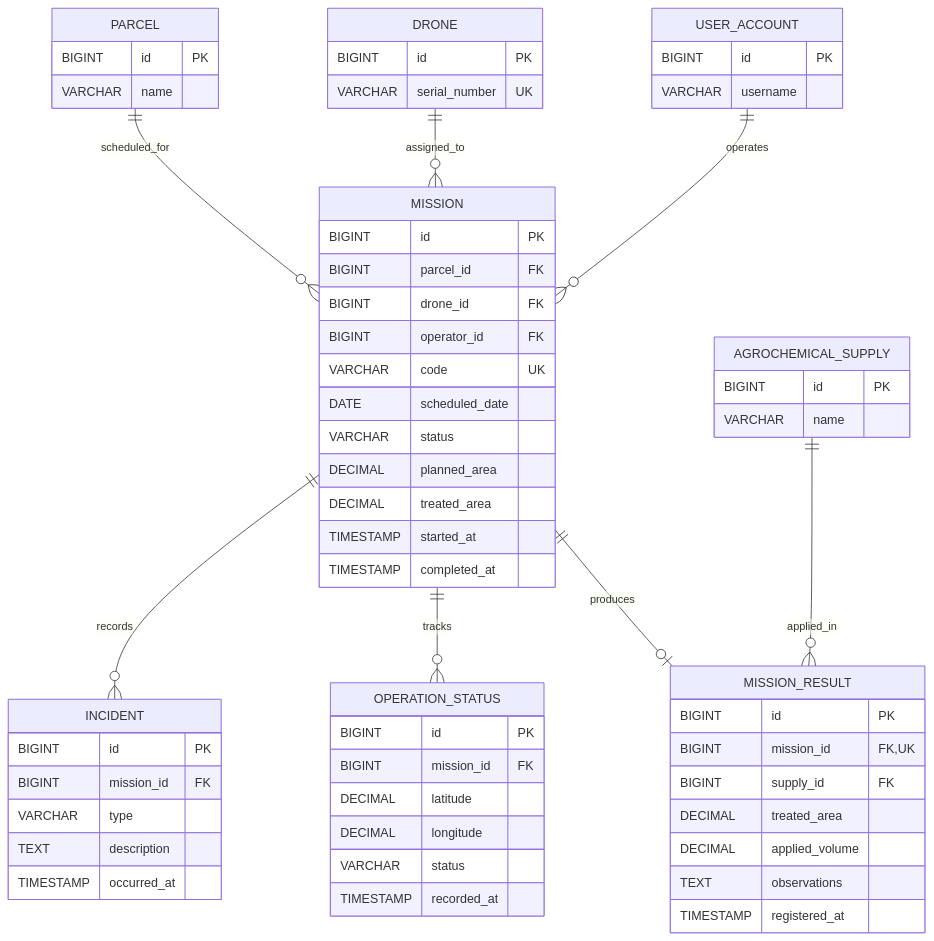
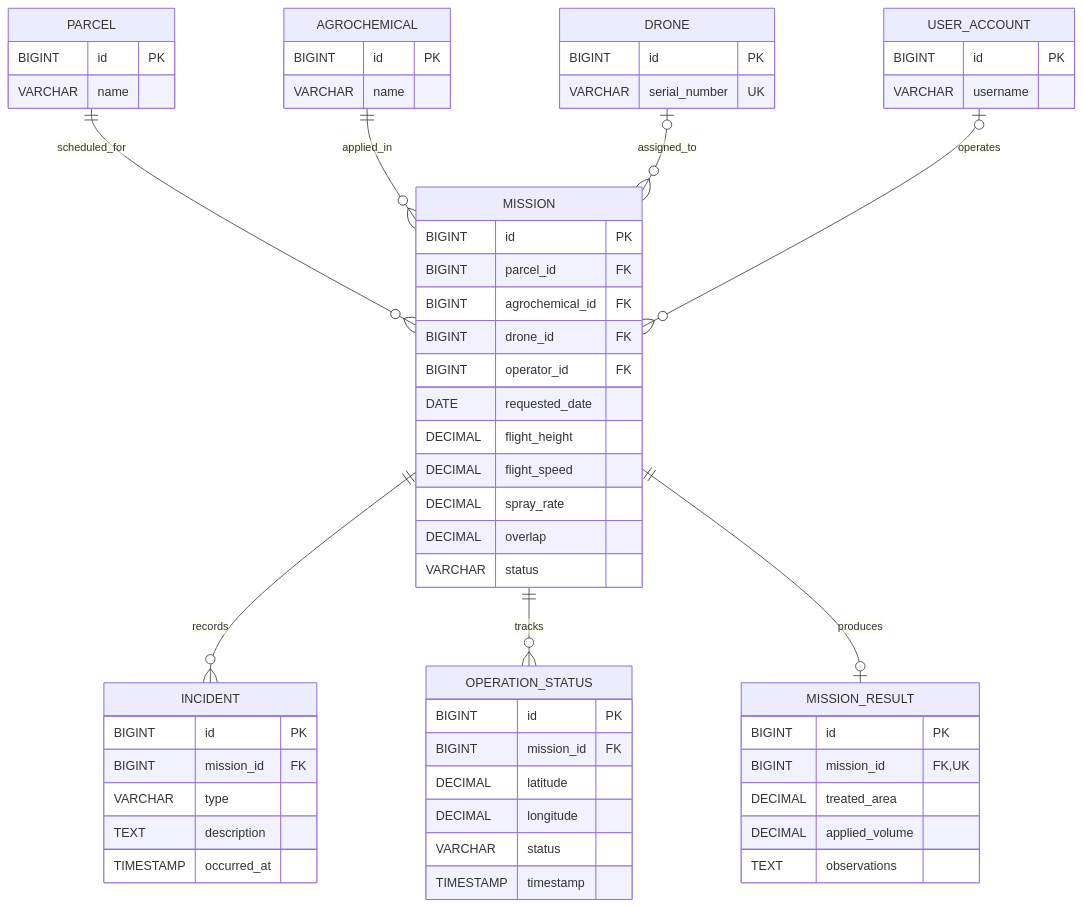
One commit to Ital0Dmc/Agridron-Report-readme-playground changed diagram 16 of 23 in README.md. Above: the diagram before and after it, drawn with Mermaid. The commit also changed other lines of this file, not shown here.

First line of the commit message:
docs: align database design with the corrected class diagrams

````diff
--- a/README.md
+++ b/README.md
@@ -2838,63 +2836,61 @@
 ```mermaid
 erDiagram
     PARCEL ||--o{ MISSION : scheduled_for
-    DRONE ||--o{ MISSION : assigned_to
-    USER_ACCOUNT ||--o{ MISSION : operates
+    AGROCHEMICAL ||--o{ MISSION : applied_in
+    DRONE |o--o{ MISSION : assigned_to
+    USER_ACCOUNT |o--o{ MISSION : operates
     MISSION ||--o{ INCIDENT : records
     MISSION ||--o{ OPERATION_STATUS : tracks
     MISSION ||--o| MISSION_RESULT : produces
-    AGROCHEMICAL_SUPPLY ||--o{ MISSION_RESULT : applied_in
     PARCEL {
+        BIGINT id PK
+        VARCHAR name
+    }
+    AGROCHEMICAL {
         BIGINT id PK
         VARCHAR name
     }
     DRONE {
         BIGINT id PK
         VARCHAR serial_number UK
     }
     USER_ACCOUNT {
         BIGINT id PK
         VARCHAR username
     }
-    AGROCHEMICAL_SUPPLY {
-        BIGINT id PK
-        VARCHAR name
-    }
     MISSION {
         BIGINT id PK
         BIGINT parcel_id FK
+        BIGINT agrochemical_id FK
         BIGINT drone_id FK
         BIGINT operator_id FK
-        VARCHAR code UK
-        DATE scheduled_date
+        DATE requested_date
+        DECIMAL flight_height
+        DECIMAL flight_speed
+        DECIMAL spray_rate
+        DECIMAL overlap
         VARCHAR status
-        DECIMAL planned_area
-        DECIMAL treated_area
-        TIMESTAMP started_at
-        TIMESTAMP completed_at
     }
     INCIDENT {
         BIGINT id PK
         BIGINT mission_id FK
         VARCHAR type
         TEXT description
         TIMESTAMP occurred_at
     }
     OPERATION_STATUS {
         BIGINT id PK
         BIGINT mission_id FK
         DECIMAL latitude
         DECIMAL longitude
         VARCHAR status
-        TIMESTAMP recorded_at
+        TIMESTAMP timestamp
     }
     MISSION_RESULT {
         BIGINT id PK
         BIGINT mission_id FK,UK
-        BIGINT supply_id FK
         DECIMAL treated_area
         DECIMAL applied_volume
         TEXT observations
-        TIMESTAMP registered_at
     }
 ```
````
